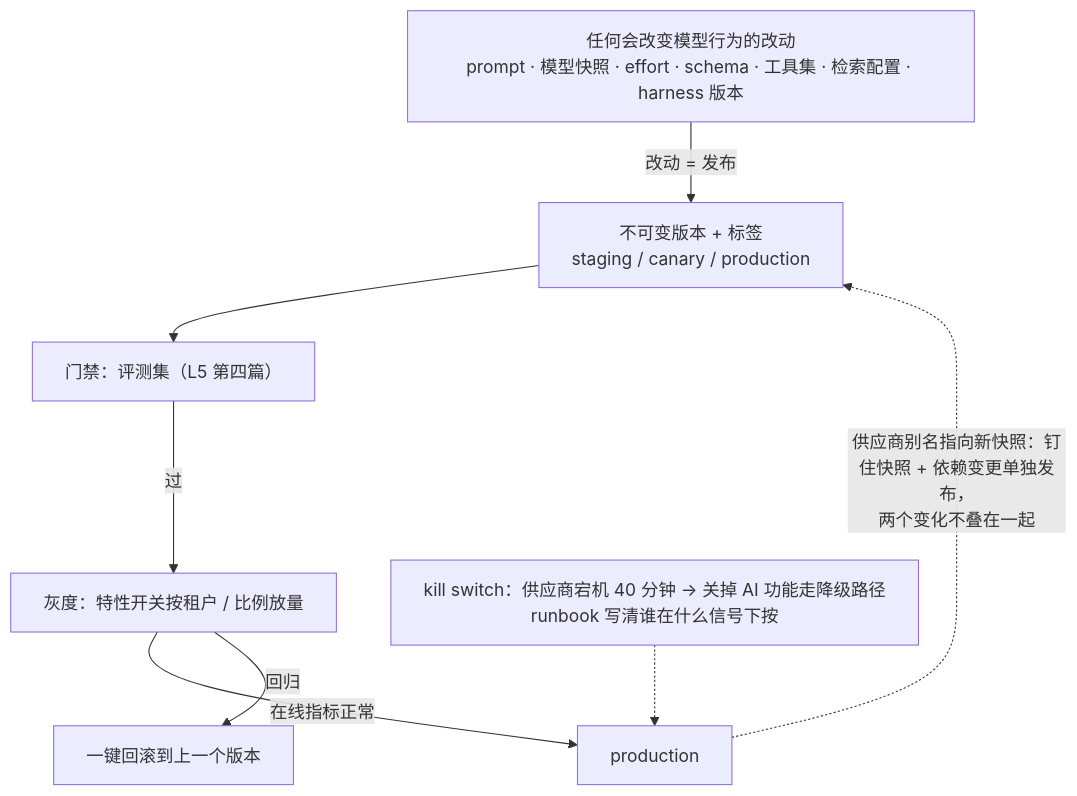
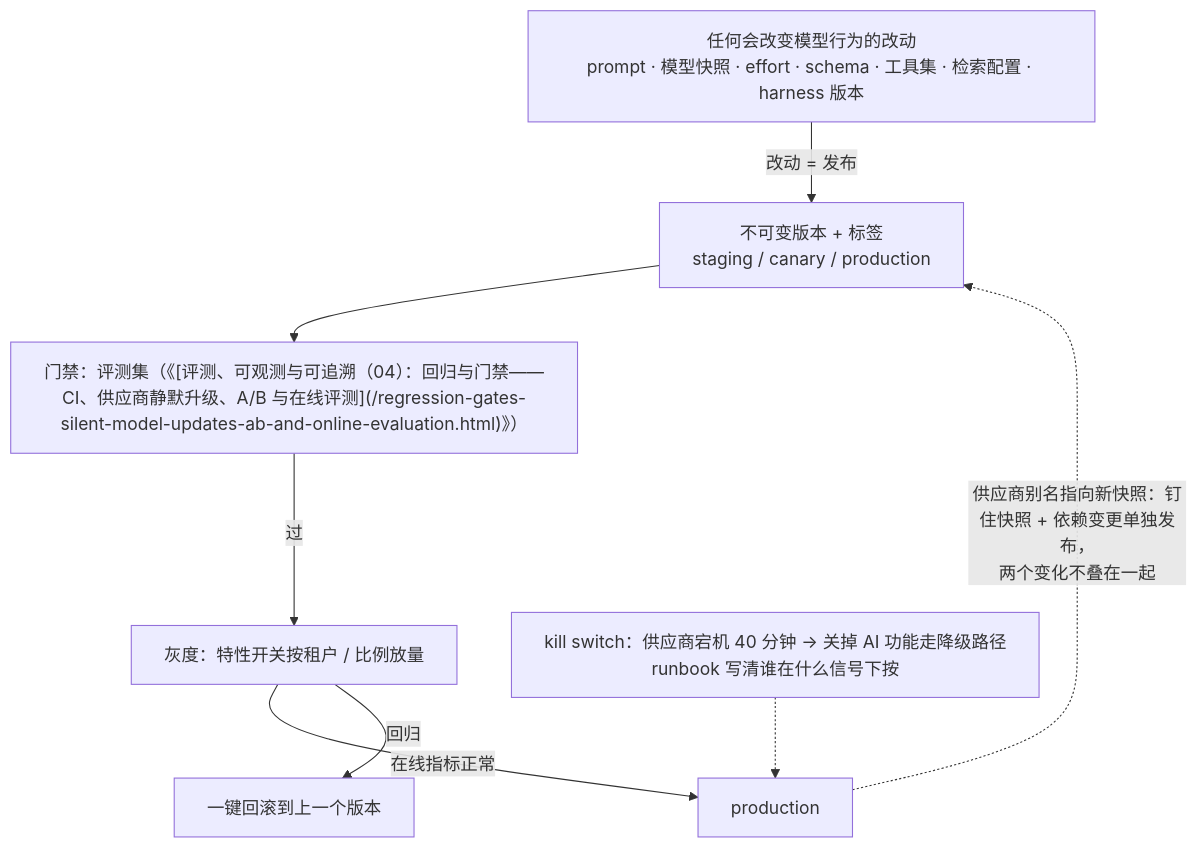
The seventh of 8 diagrams in slides/2026-11-14-production-and-operations.md (arganzheng/arganzheng.github.com), drawn with Mermaid before and after one commit. The commit also changed other lines of this file and 128 other files, not shown here.

Commit message:
（01）预训练端到端：MPS 定义、Common Crawl 配比列表、六章改名「定长的训练样本」补切碎文档的说明与打包示意图、自测竖线转义（#245）；全站 L 层简写引用换成《系列名》链接（#244）

````diff
--- a/slides/2026-11-14-production-and-operations.md
+++ b/slides/2026-11-14-production-and-operations.md
@@ -229,12 +229,12 @@
 ```mermaid
 %%{init: {"flowchart": {"wrappingWidth": 460}}}%%
 flowchart TB
     C["任何会改变模型行为的改动<br/>prompt · 模型快照 · effort · schema · 工具集 · 检索配置 · harness 版本"] -- "改动 = 发布" --> V["不可变版本 + 标签<br/>staging / canary / production"]
-    V --> G["门禁：评测集（L5 第四篇）"]
+    V --> G["门禁：评测集（《[评测、可观测与可追溯（04）：回归与门禁——CI、供应商静默升级、A/B 与在线评测](/regression-gates-silent-model-updates-ab-and-online-evaluation.html)》）"]
     G -- "过" --> CN["灰度：特性开关按租户 / 比例放量"]
     CN -- "在线指标正常" --> PR["production"]
     CN -- "回归" --> RB["一键回滚到上一个版本"]
     PR -. "供应商别名指向新快照：钉住快照 + 依赖变更单独发布，<br/>两个变化不叠在一起" .-> V
     K["kill switch：供应商宕机 40 分钟 → 关掉 AI 功能走降级路径<br/>runbook 写清谁在什么信号下按"] -.-> PR
 
 ```
````
